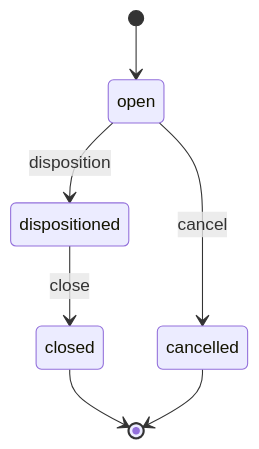
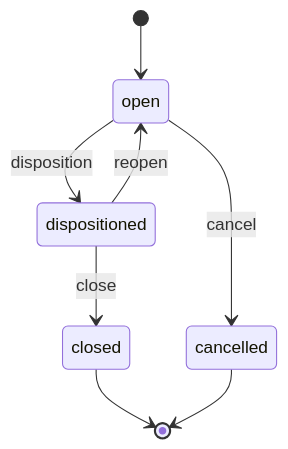
The fifth of 6 diagrams in docs/verticals/07-manufacturing.md (renox-rs/white-label), drawn with Mermaid before and after one commit. The commit also changed other lines of this file and 53 other files, not shown here.

First line of the commit message:
Add negative-flow backlog and SME problem map

````diff
--- a/docs/verticals/07-manufacturing.md
+++ b/docs/verticals/07-manufacturing.md
@@ -552,9 +598,10 @@
 ```mermaid
 stateDiagram-v2
   [*] --> open
   open --> dispositioned: disposition
   dispositioned --> closed: close
+  dispositioned --> open: reopen
   open --> cancelled: cancel
   closed --> [*]
   cancelled --> [*]
 ```
````
